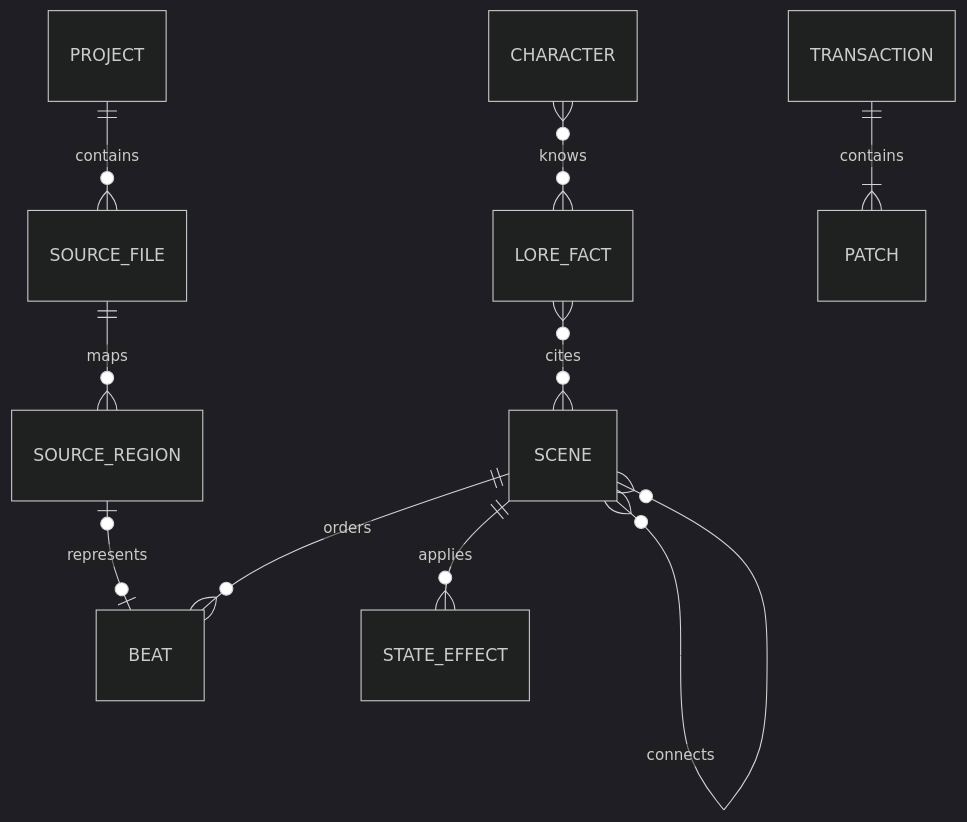
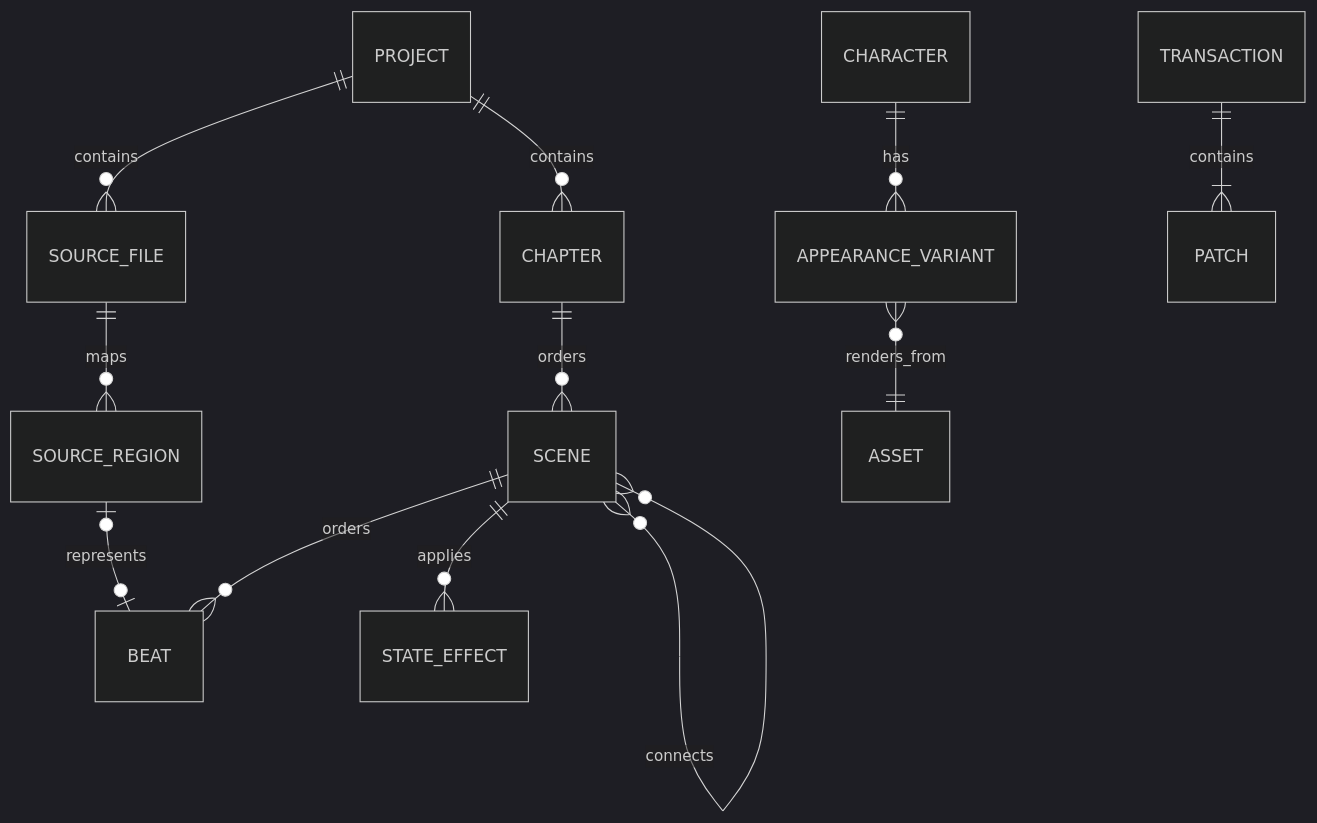
The diagram in docs/DATA_MODEL.md (Caldwell-41/Renpy-editor), drawn with Mermaid (dark theme) before and after one commit. The commit also changed other lines of this file and 4 other files, not shown here.

````diff
--- a/docs/DATA_MODEL.md
+++ b/docs/DATA_MODEL.md
@@ -11,12 +20,14 @@
 ```mermaid
 erDiagram
+    PROJECT ||--o{ CHAPTER : contains
+    CHAPTER ||--o{ SCENE : orders
     PROJECT ||--o{ SOURCE_FILE : contains
     SOURCE_FILE ||--o{ SOURCE_REGION : maps
     SOURCE_REGION o|--o| BEAT : represents
     SCENE ||--o{ BEAT : orders
     SCENE }o--o{ SCENE : connects
     SCENE ||--o{ STATE_EFFECT : applies
-    LORE_FACT }o--o{ SCENE : cites
-    CHARACTER }o--o{ LORE_FACT : knows
+    CHARACTER ||--o{ APPEARANCE_VARIANT : has
+    APPEARANCE_VARIANT }o--|| ASSET : renders_from
     TRANSACTION ||--|{ PATCH : contains
 ```
````
